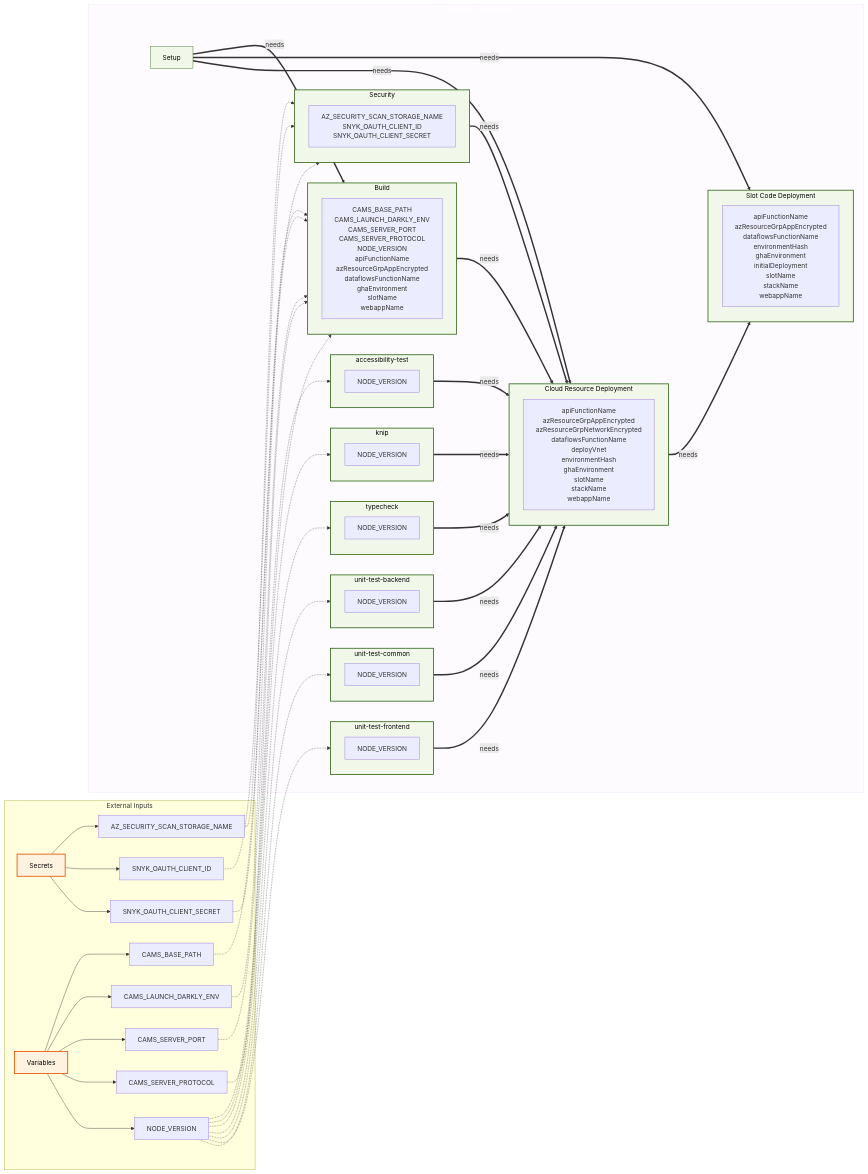
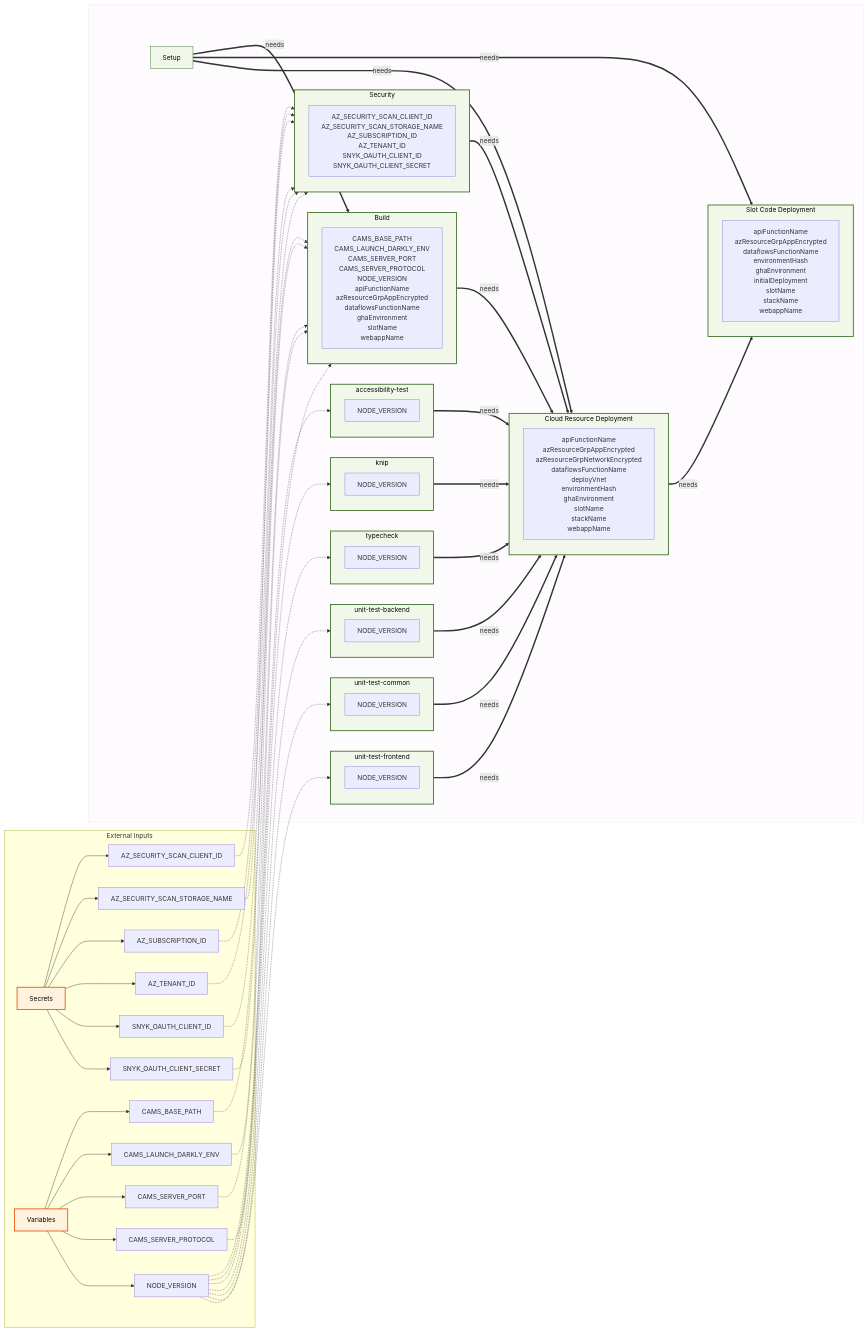
One commit to US-Trustee-Program/Bankruptcy-Oversight-Support-Systems changed diagram 14 of 24 in docs/operations/workflow-diagram.md. Above: the diagram before and after it, drawn with Mermaid. The commit also changed other lines of this file and 3 other files, not shown here.

First line of the commit message:
Store OIDC Azure IDs as secrets rather than vars

```diff
--- a/docs/operations/workflow-diagram.md
+++ b/docs/operations/workflow-diagram.md
@@ -866,7 +875,10 @@
 flowchart LR
     subgraph "External Inputs"
         Secrets["Secrets"]
+        Secrets_AZ_SECURITY_SCAN_CLIENT_ID["AZ_SECURITY_SCAN_CLIENT_ID"]
         Secrets_AZ_SECURITY_SCAN_STORAGE_NAME["AZ_SECURITY_SCAN_STORAGE_NAME"]
+        Secrets_AZ_SUBSCRIPTION_ID["AZ_SUBSCRIPTION_ID"]
+        Secrets_AZ_TENANT_ID["AZ_TENANT_ID"]
         Secrets_SNYK_OAUTH_CLIENT_ID["SNYK_OAUTH_CLIENT_ID"]
         Secrets_SNYK_OAUTH_CLIENT_SECRET["SNYK_OAUTH_CLIENT_SECRET"]
         Variables["Variables"]
@@ -898,7 +910,7 @@
             typecheck_vars["NODE_VERSION"]
         end
         subgraph security_scan_subgraph["Security"]
-            security_scan_vars["AZ_SECURITY_SCAN_STORAGE_NAME<br/>SNYK_OAUTH_CLIENT_ID<br/>SNYK_OAUTH_CLIENT_SECRET"]
+            security_scan_vars["AZ_SECURITY_SCAN_CLIENT_ID<br/>AZ_SECURITY_SCAN_STORAGE_NAME<br/>AZ_SUBSCRIPTION_ID<br/>AZ_TENANT_ID<br/>SNYK_OAUTH_CLIENT_ID<br/>SNYK_OAUTH_CLIENT_SECRET"]
         end
         subgraph build_subgraph["Build"]
             build_vars["CAMS_BASE_PATH<br/>CAMS_LAUNCH_DARKLY_ENV<br/>CAMS_SERVER_PORT<br/>CAMS_SERVER_PROTOCOL<br/>NODE_VERSION<br/>apiFunctionName<br/>azResourceGrpAppEncrypted<br/>dataflowsFunctionName<br/>ghaEnvironment<br/>slotName<br/>webappName"]
@@ -911,7 +923,10 @@
         end
     end
 
+        Secrets --> Secrets_AZ_SECURITY_SCAN_CLIENT_ID
         Secrets --> Secrets_AZ_SECURITY_SCAN_STORAGE_NAME
+        Secrets --> Secrets_AZ_SUBSCRIPTION_ID
+        Secrets --> Secrets_AZ_TENANT_ID
         Secrets --> Secrets_SNYK_OAUTH_CLIENT_ID
         Secrets --> Secrets_SNYK_OAUTH_CLIENT_SECRET
         Variables --> Variables_CAMS_BASE_PATH
@@ -919,7 +934,10 @@
         Variables --> Variables_CAMS_SERVER_PORT
         Variables --> Variables_CAMS_SERVER_PROTOCOL
         Variables --> Variables_NODE_VERSION
+    Secrets_AZ_SECURITY_SCAN_CLIENT_ID -.-> security_scan_subgraph
     Secrets_AZ_SECURITY_SCAN_STORAGE_NAME -.-> security_scan_subgraph
+    Secrets_AZ_SUBSCRIPTION_ID -.-> security_scan_subgraph
+    Secrets_AZ_TENANT_ID -.-> security_scan_subgraph
     Secrets_SNYK_OAUTH_CLIENT_ID -.-> security_scan_subgraph
     Secrets_SNYK_OAUTH_CLIENT_SECRET -.-> security_scan_subgraph
     Variables_CAMS_BASE_PATH -.-> build_subgraph
```
